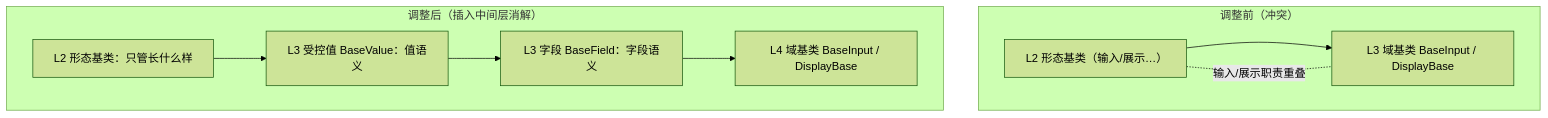
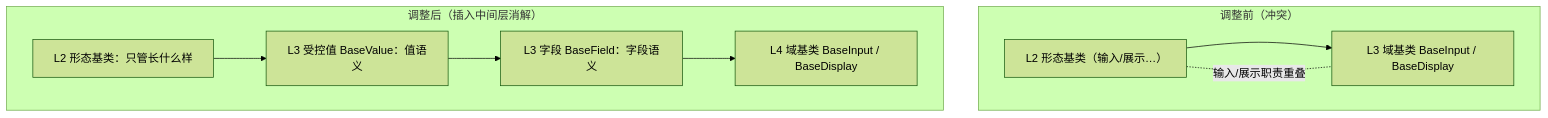
Before and after one commit to minjian123/basic-management-system: the second of 2 diagrams in bms文档/规范/前端开发规范.md, drawn with Mermaid (forest theme). The commit also changed other lines of this file and 14 other files, not shown here.

Commit message:
docs(规范): 统一基类命名规则并重命名 DisplayBase 为 BaseDisplay

````diff
--- a/bms文档/规范/前端开发规范.md
+++ b/bms文档/规范/前端开发规范.md
@@ -141,10 +141,10 @@
 ```mermaid
 flowchart TD
     subgraph BEFORE["调整前（冲突）"]
-      B1["L2 形态基类（输入/展示…）"] --> B2["L3 域基类 BaseInput / DisplayBase"]
+      B1["L2 形态基类（输入/展示…）"] --> B2["L3 域基类 BaseInput / BaseDisplay"]
       B1 -. "输入/展示职责重叠" .- B2
     end
     subgraph AFTER["调整后（插入中间层消解）"]
-      A1["L2 形态基类：只管长什么样"] --> A2["L3 受控值 BaseValue：值语义"] --> A3["L3 字段 BaseField：字段语义"] --> A4["L4 域基类 BaseInput / DisplayBase"]
+      A1["L2 形态基类：只管长什么样"] --> A2["L3 受控值 BaseValue：值语义"] --> A3["L3 字段 BaseField：字段语义"] --> A4["L4 域基类 BaseInput / BaseDisplay"]
     end
 ```
````
